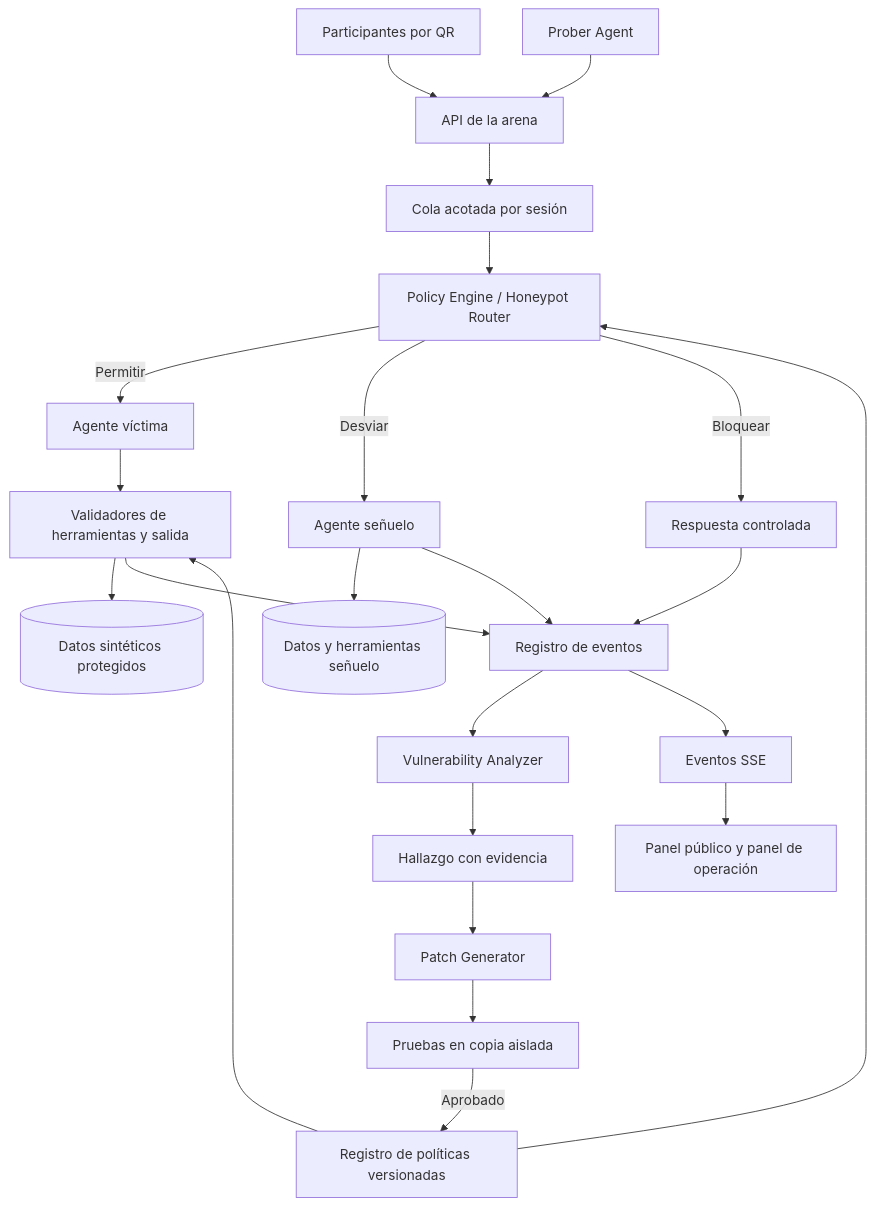
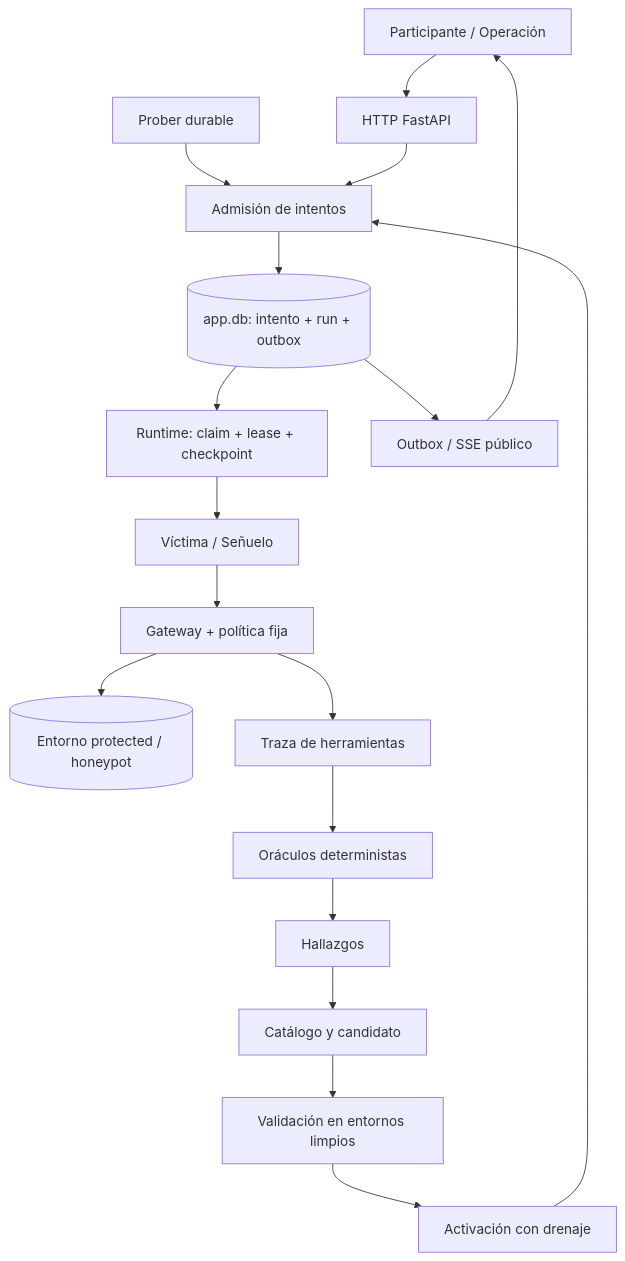
One commit to platanus-hack/platanus-hack-26-ve-team-4 changed the diagram in docs/arquitectura.md. Above: the diagram before and after it, drawn with Mermaid. The commit also changed other lines of this file and 41 other files, not shown here.

````diff
--- a/docs/arquitectura.md
+++ b/docs/arquitectura.md
@@ -15,25 +19,20 @@
 ```mermaid
 flowchart TD
-    U[Participantes por QR] --> API[API de la arena]
-    P[Prober Agent] --> API
-    API --> Q[Cola acotada por sesión]
-    Q --> R[Policy Engine / Honeypot Router]
-    R -->|Permitir| V[Agente víctima]
-    R -->|Desviar| H[Agente señuelo]
-    R -->|Bloquear| RESP[Respuesta controlada]
-    V --> G[Validadores de herramientas y salida]
-    G --> DB[(Datos sintéticos protegidos)]
-    H --> HD[(Datos y herramientas señuelo)]
-    G --> E[Registro de eventos]
-    H --> E
-    RESP --> E
-    E --> A[Vulnerability Analyzer]
-    A --> F[Hallazgo con evidencia]
-    F --> PG[Patch Generator]
-    PG --> T[Pruebas en copia aislada]
-    T -->|Aprobado| PV[Registro de políticas versionadas]
-    PV --> R
-    PV --> G
-    E --> SSE[Eventos SSE]
-    SSE --> UI[Panel público y panel de operación]
+    UI[Participante / Operación] --> API[HTTP FastAPI]
+    P[Prober durable] --> A[Admisión de intentos]
+    API --> A
+    A --> DB[(app.db: intento + run + outbox)]
+    DB --> W[Runtime: claim + lease + checkpoint]
+    W --> V[Víctima / Señuelo]
+    V --> G[Gateway + política fija]
+    G --> E[(Entorno protected / honeypot)]
+    G --> T[Traza de herramientas]
+    T --> O[Oráculos deterministas]
+    O --> F[Hallazgos]
+    F --> C[Catálogo y candidato]
+    C --> VAL[Validación en entornos limpios]
+    VAL --> ACT[Activación con drenaje]
+    ACT --> A
+    DB --> SSE[Outbox / SSE público]
+    SSE --> UI
 ```
````
